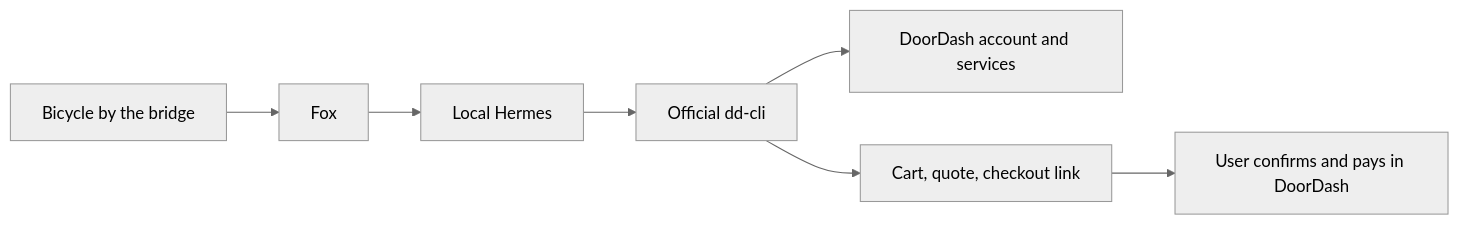
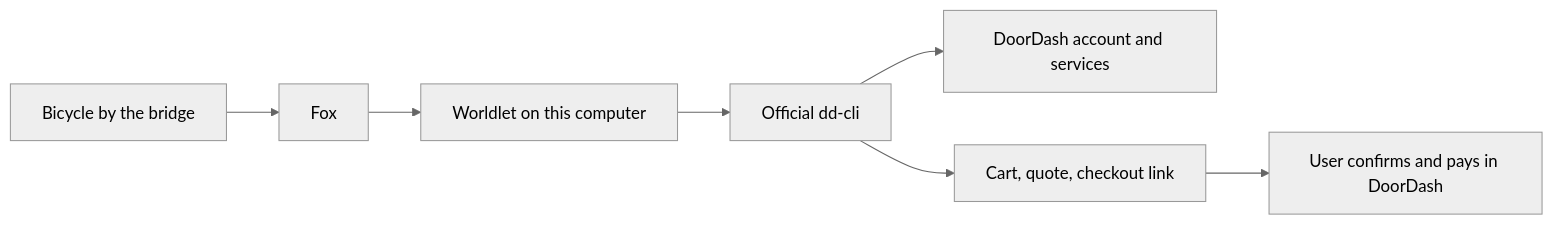
The second of 3 diagrams in core/applets/INTEGRATIONS.md (clockless-org/worldlet), drawn with Mermaid (neutral theme) before and after one commit. The commit also changed other lines of this file and 12 other files, not shown here.

````diff
--- a/core/applets/INTEGRATIONS.md
+++ b/core/applets/INTEGRATIONS.md
@@ -409,9 +409,9 @@
 ```mermaid
 flowchart LR
     W[Bicycle by the bridge] --> F[Fox]
-    F --> H[Local Hermes]
+    F --> H[Worldlet on this computer]
     H --> C[Official dd-cli]
     C --> D[DoorDash account and services]
     C --> Q[Cart, quote, checkout link]
     Q --> U[User confirms and pays in DoorDash]
 ```
````
